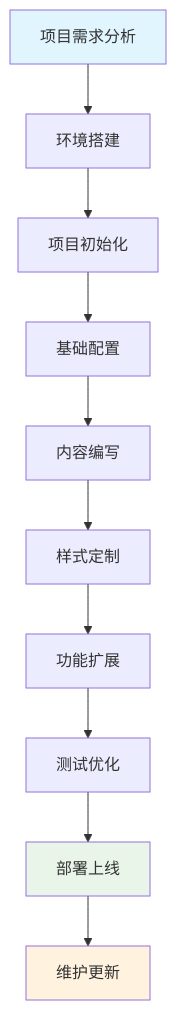
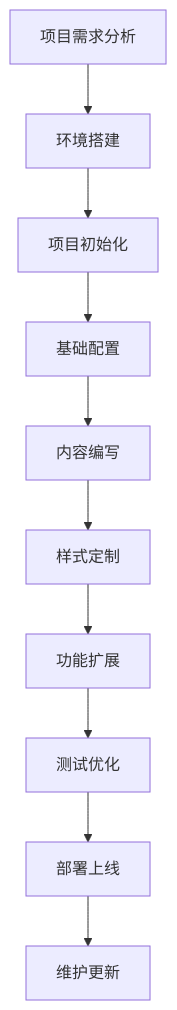
Before and after one commit to ChanMeng666/ai-programming-teaching-project: the first of 10 diagrams in versioned_docs/version-2024-winter/tutorials/docusaurus-tutorial.mdx, drawn with Mermaid. The commit also changed other lines of this file and 94 other files, not shown here.

First line of the commit message:
refactor(docs): unify MDX style and add Mermaid dual-view component

````diff
--- a/versioned_docs/version-2024-winter/tutorials/docusaurus-tutorial.mdx
+++ b/versioned_docs/version-2024-winter/tutorials/docusaurus-tutorial.mdx
@@ -33,16 +34,12 @@
 ```mermaid
 graph TD
     A[项目需求分析] --> B[环境搭建]
     B --> C[项目初始化]
     C --> D[基础配置]
     D --> E[内容编写]
     E --> F[样式定制]
     F --> G[功能扩展]
     G --> H[测试优化]
     H --> I[部署上线]
     I --> J[维护更新]
-    
-    style A fill:#e1f5fe
-    style I fill:#e8f5e8
-    style J fill:#fff3e0
 ```
````
